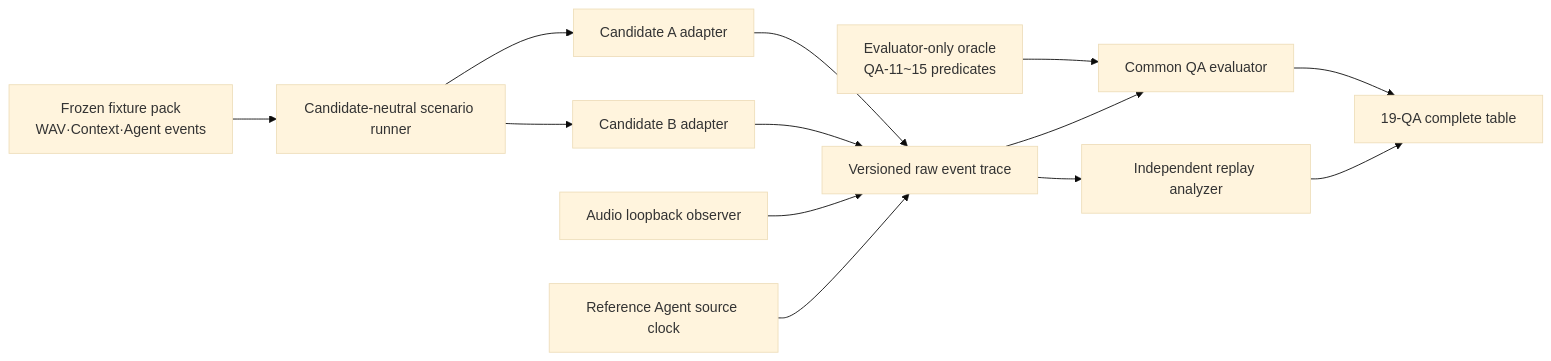
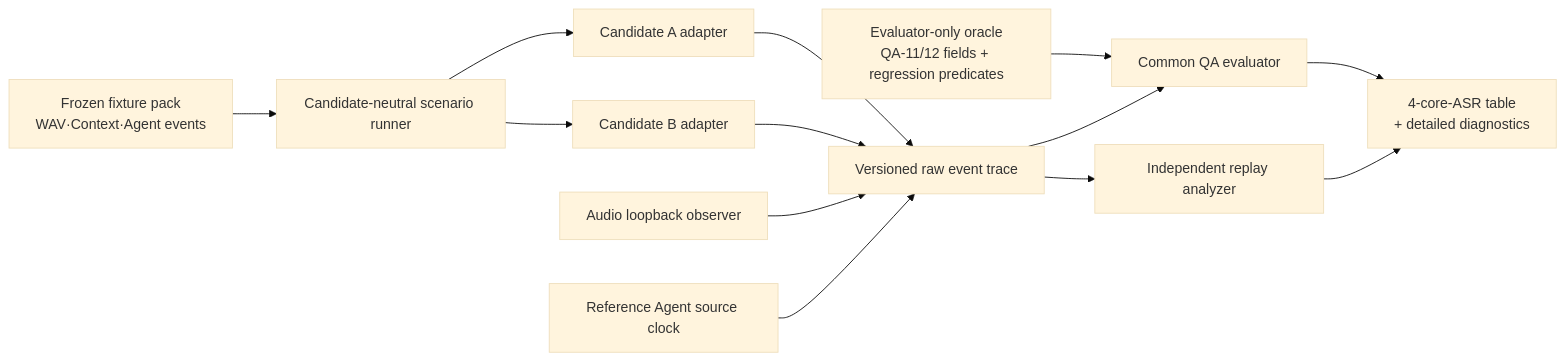
One commit to cbyche/via-sw-architecture changed the diagram in docs/architecture/11-measurement/qa01-15-harness-contract.md. Above: the diagram before and after it, drawn with Mermaid (base theme). The commit also changed other lines of this file and 48 other files, not shown here.

Commit message:
docs: define four core architecture ASRs

````diff
--- a/docs/architecture/11-measurement/qa01-15-harness-contract.md
+++ b/docs/architecture/11-measurement/qa01-15-harness-contract.md
@@ -20,15 +20,15 @@
 ```mermaid
 flowchart LR
   F["Frozen fixture pack<br/>WAV·Context·Agent events"] --> R["Candidate-neutral scenario runner"]
-  O["Evaluator-only oracle<br/>QA-11~15 predicates"] --> E["Common QA evaluator"]
+  O["Evaluator-only oracle<br/>QA-11/12 fields + regression predicates"] --> E["Common QA evaluator"]
   R --> A["Candidate A adapter"]
   R --> B["Candidate B adapter"]
   A --> T["Versioned raw event trace"]
   B --> T
   L["Audio loopback observer"] --> T
   G["Reference Agent source clock"] --> T
   T --> E
-  E --> S["19-QA complete table"]
+  E --> S["4-core-ASR table<br/>+ detailed diagnostics"]
   T --> X["Independent replay analyzer"]
   X --> S
 ```
````
